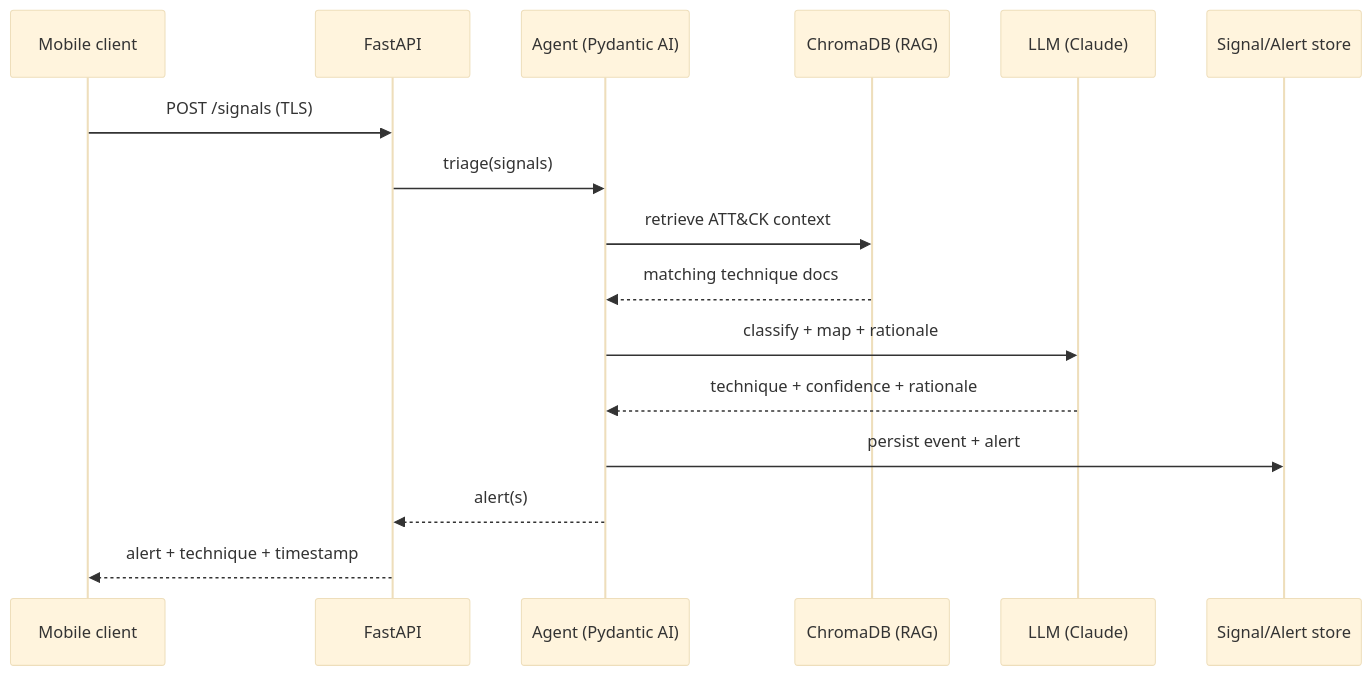
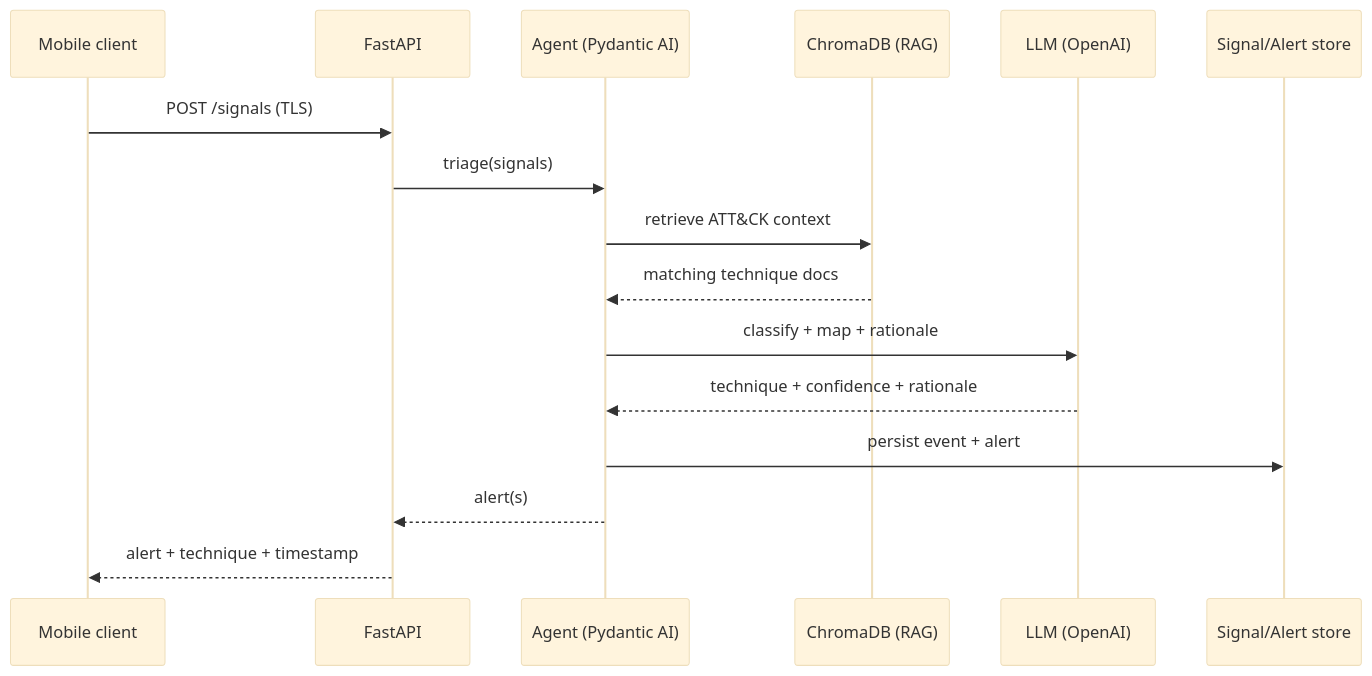
One commit to naratech-eng/mobile-ai-soc-analyst changed the first of 4 diagrams in docs/engineering/system-design.md. Above: the diagram before and after it, drawn with Mermaid (base theme). The commit also changed other lines of this file and 5 other files, not shown here.

First line of the commit message:
Switch LLM provider from Anthropic to OpenAI in docs

````diff
--- a/docs/engineering/system-design.md
+++ b/docs/engineering/system-design.md
@@ -7,19 +7,19 @@
 ```mermaid
 sequenceDiagram
     participant D as Mobile client
     participant A as FastAPI
     participant G as Agent (Pydantic AI)
     participant R as ChromaDB (RAG)
-    participant L as LLM (Claude)
+    participant L as LLM (OpenAI)
     participant S as Signal/Alert store
 
     D->>A: POST /signals (TLS)
     A->>G: triage(signals)
     G->>R: retrieve ATT&CK context
     R-->>G: matching technique docs
     G->>L: classify + map + rationale
     L-->>G: technique + confidence + rationale
     G->>S: persist event + alert
     G-->>A: alert(s)
     A-->>D: alert + technique + timestamp
 ```
````
